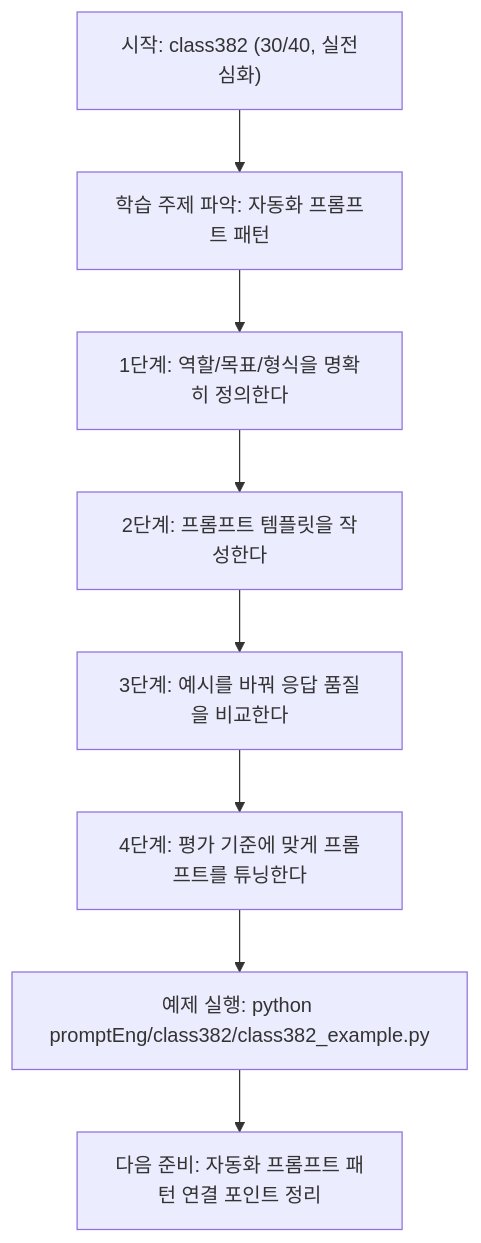
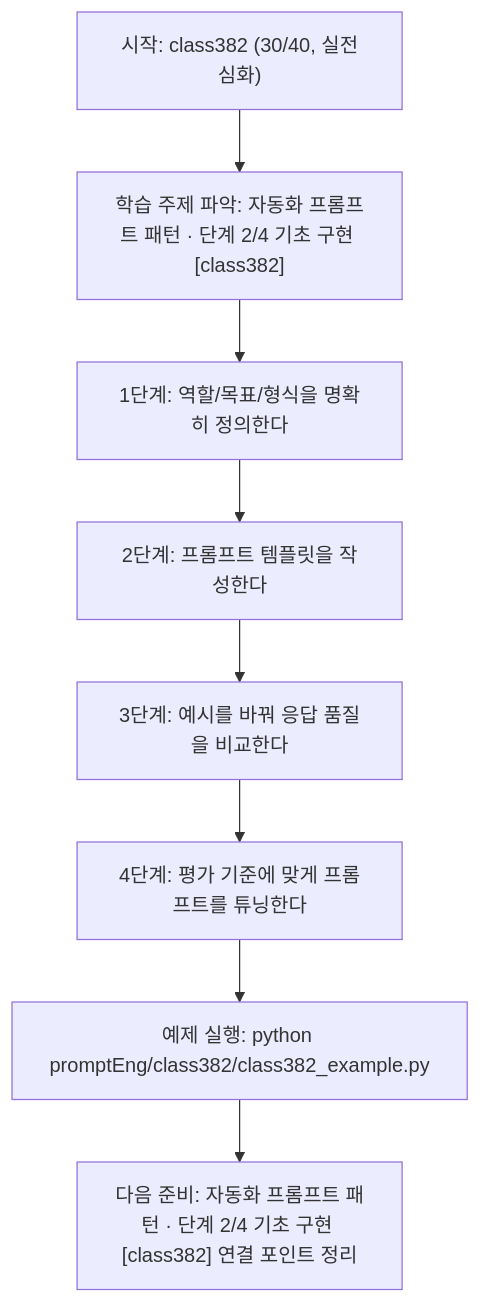
One commit to edumgt/Python-AI_Agent-Class changed the diagram in promptEng/class382/class382.md. Above: the diagram before and after it, drawn with Mermaid. The commit also changed other lines of this file and 522 other files, not shown here.

````diff
--- a/promptEng/class382/class382.md
+++ b/promptEng/class382/class382.md
@@ -109,18 +110,18 @@
 ```mermaid
 flowchart TD
 N1["시작: class382 (30/40, 실전심화)"]
-N2["학습 주제 파악: 자동화 프롬프트 패턴"]
+N2["학습 주제 파악: 자동화 프롬프트 패턴 · 단계 2/4 기초 구현 [class382]"]
 N3["1단계: 역할/목표/형식을 명확히 정의한다"]
 N4["2단계: 프롬프트 템플릿을 작성한다"]
 N5["3단계: 예시를 바꿔 응답 품질을 비교한다"]
 N6["4단계: 평가 기준에 맞게 프롬프트를 튜닝한다"]
 N7["예제 실행: python promptEng/class382/class382_example.py"]
-N8["다음 준비: 자동화 프롬프트 패턴 연결 포인트 정리"]
+N8["다음 준비: 자동화 프롬프트 패턴 · 단계 2/4 기초 구현 [class382] 연결 포인트 정리"]
 N1 --> N2
 N2 --> N3
 N3 --> N4
 N4 --> N5
 N5 --> N6
 N6 --> N7
 N7 --> N8
 ```
````
